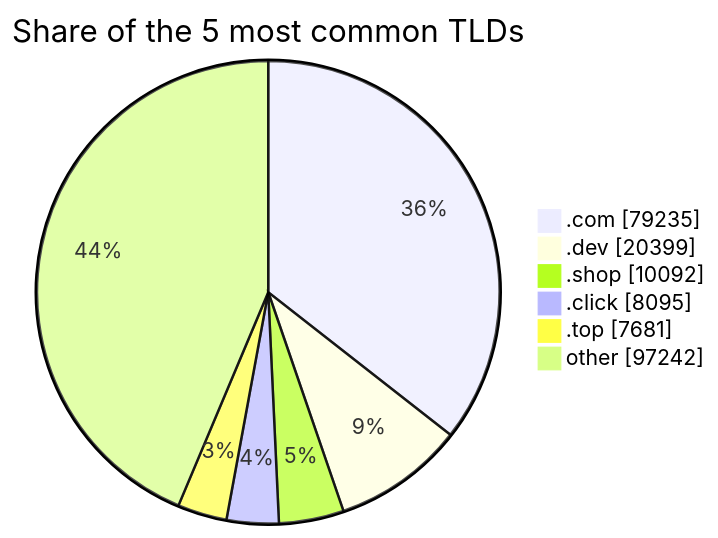
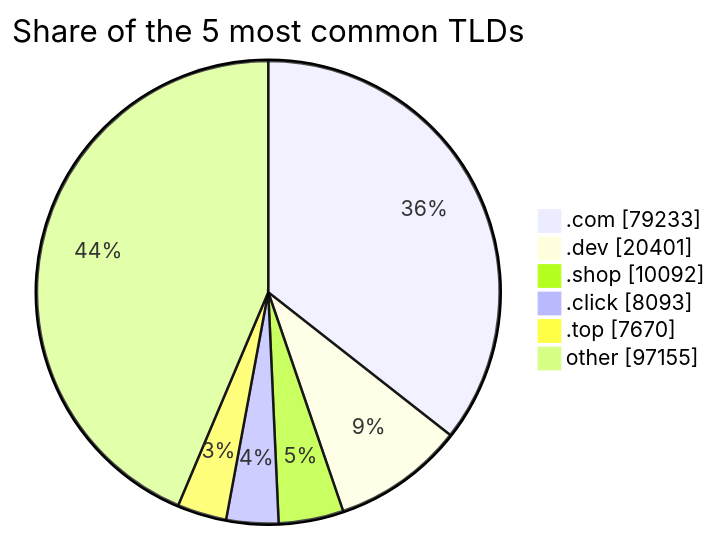
The third of 3 diagrams in README.md (DNSBunker/CTI), drawn with Mermaid before and after one commit. The commit also changed other lines of this file and 3 other files, not shown here.

````diff
--- a/README.md
+++ b/README.md
@@ -81,9 +81,9 @@
 ```mermaid
 pie showData title Share of the 5 most common TLDs
-    ".com" : 79235
-    ".dev" : 20399
+    ".com" : 79233
+    ".dev" : 20401
     ".shop" : 10092
-    ".click" : 8095
-    ".top" : 7681
-    "other" : 97242
+    ".click" : 8093
+    ".top" : 7670
+    "other" : 97155
 ```
````
